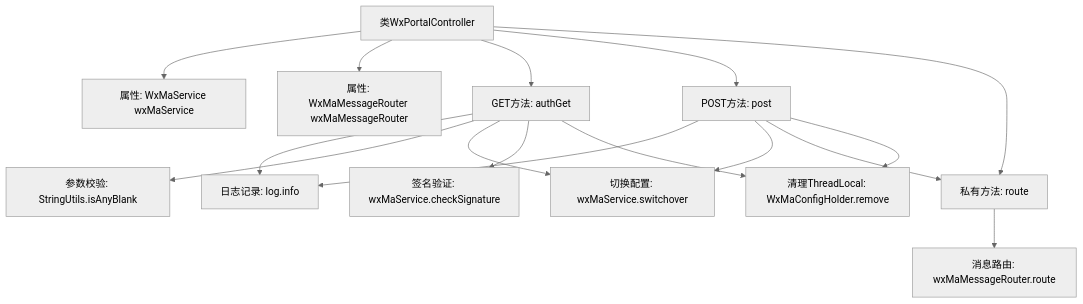
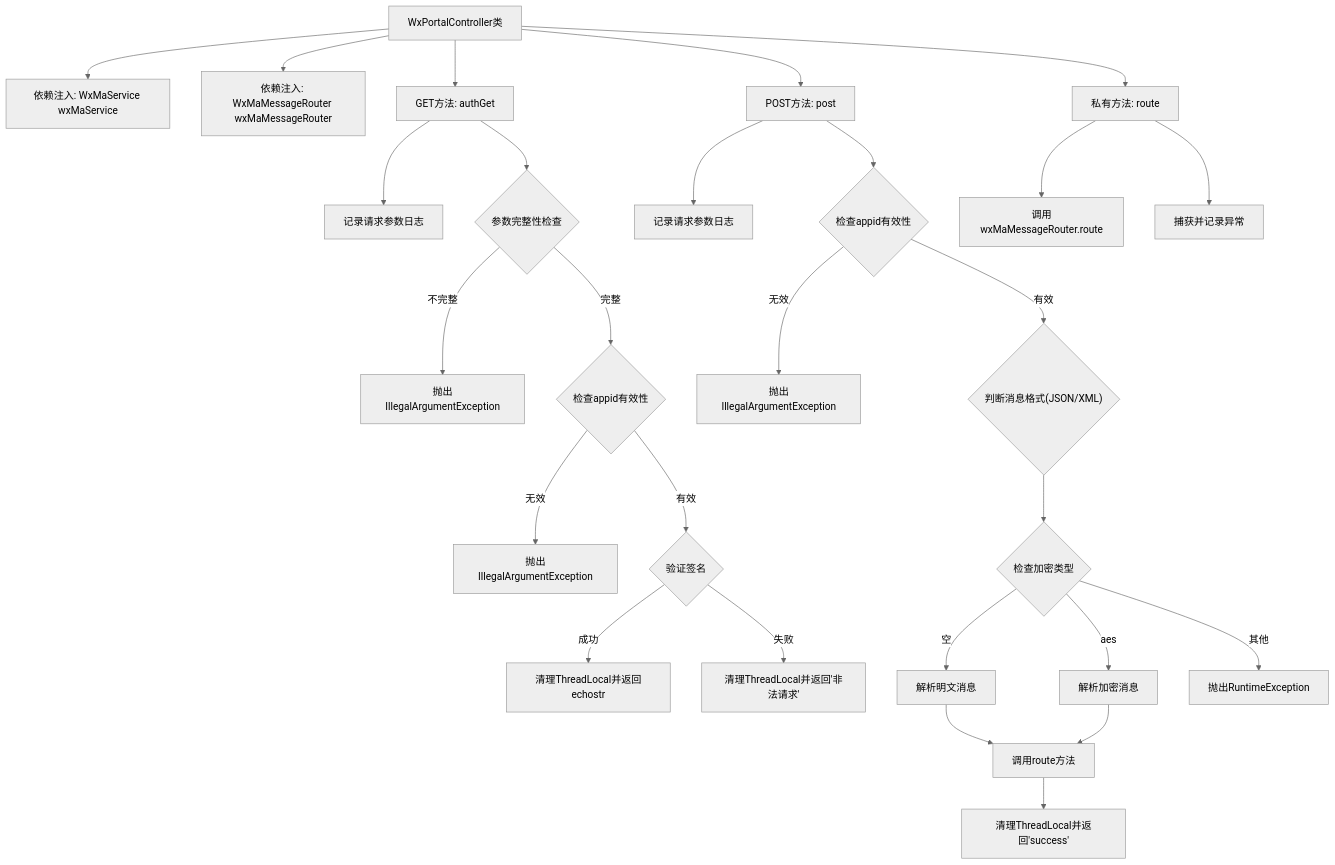
One commit to v-wjrong/binary_weixin-java-miniapp-demo changed the second of 2 diagrams in docs/zh/docs/src/main/java/com/github/binarywang/demo/wx/miniapp/controller/WxPortalController.md. Above: the diagram before and after it, drawn with Mermaid (neutral theme). The commit also changed other lines of this file and 50 other files, not shown here.

````diff
--- a/docs/zh/docs/src/main/java/com/github/binarywang/demo/wx/miniapp/controller/WxPortalController.md
+++ b/docs/zh/docs/src/main/java/com/github/binarywang/demo/wx/miniapp/controller/WxPortalController.md
@@ -92,31 +91,39 @@
 ```mermaid
 graph TD
-    A["类WxPortalController"]
-    B["属性: WxMaService wxMaService"]
-    C["属性: WxMaMessageRouter wxMaMessageRouter"]
+    A["WxPortalController类"]
+    B["依赖注入: WxMaService wxMaService"]
+    C["依赖注入: WxMaMessageRouter wxMaMessageRouter"]
     D["GET方法: authGet"]
     E["POST方法: post"]
     F["私有方法: route"]
-    G["日志记录: log.info"]
-    H["参数校验: StringUtils.isAnyBlank"]
-    I["切换配置: wxMaService.switchover"]
-    J["签名验证: wxMaService.checkSignature"]
-    K["消息路由: wxMaMessageRouter.route"]
-    L["清理ThreadLocal: WxMaConfigHolder.remove"]
+    
+    D --> D1["记录请求参数日志"]
+    D --> D2{"参数完整性检查"}
+    D2 -->|不完整| D3["抛出IllegalArgumentException"]
+    D2 -->|完整| D4{"检查appid有效性"}
+    D4 -->|无效| D5["抛出IllegalArgumentException"]
+    D4 -->|有效| D6{"验证签名"}
+    D6 -->|成功| D7["清理ThreadLocal并返回echostr"]
+    D6 -->|失败| D8["清理ThreadLocal并返回'非法请求'"]
+    
+    E --> E1["记录请求参数日志"]
+    E --> E2{"检查appid有效性"}
+    E2 -->|无效| E3["抛出IllegalArgumentException"]
+    E2 -->|有效| E4{"判断消息格式(JSON/XML)"}
+    E4 --> E5{"检查加密类型"}
+    E5 -->|空| E6["解析明文消息"]
+    E5 -->|aes| E7["解析加密消息"]
+    E6 --> E8["调用route方法"]
+    E7 --> E8
+    E8 --> E9["清理ThreadLocal并返回'success'"]
+    E5 -->|其他| E10["抛出RuntimeException"]
+    
+    F --> F1["调用wxMaMessageRouter.route"]
+    F --> F2["捕获并记录异常"]
 
     A --> B
     A --> C
     A --> D
     A --> E
     A --> F
-    D --> G
-    D --> H
-    D --> I
-    D --> J
-    D --> L
-    E --> G
-    E --> I
-    E --> F
-    F --> K
-    E --> L
 ```
````
